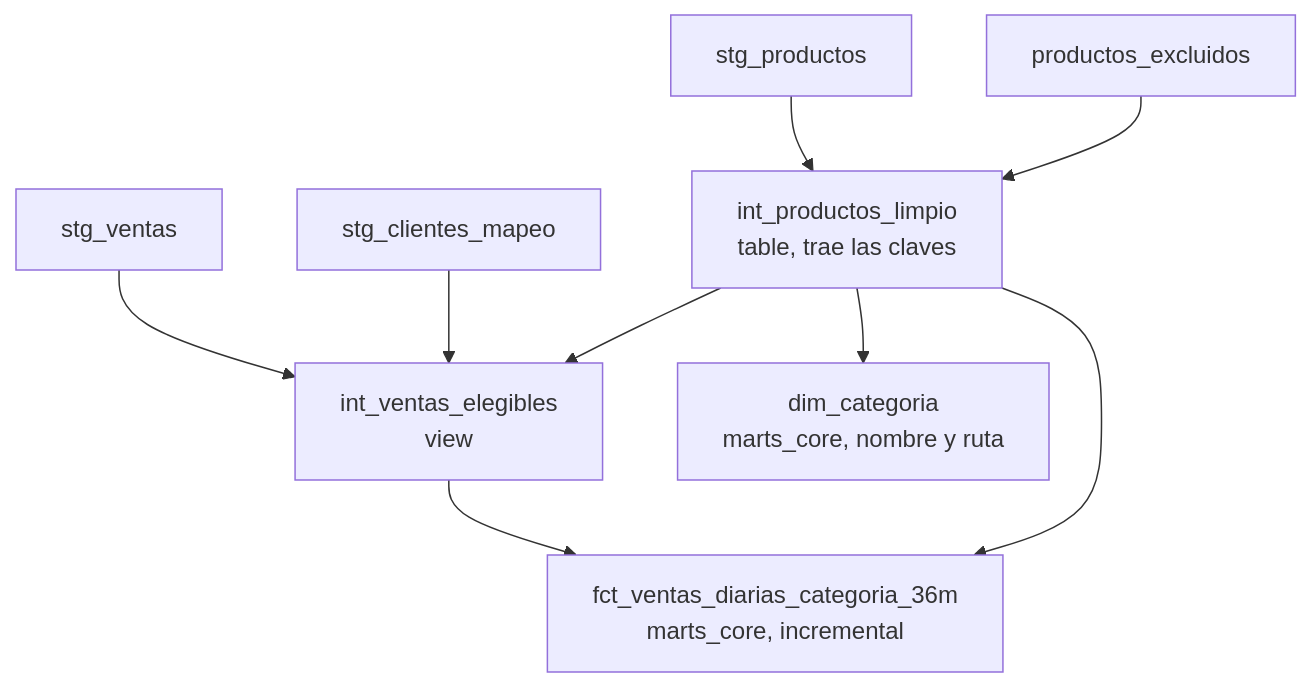
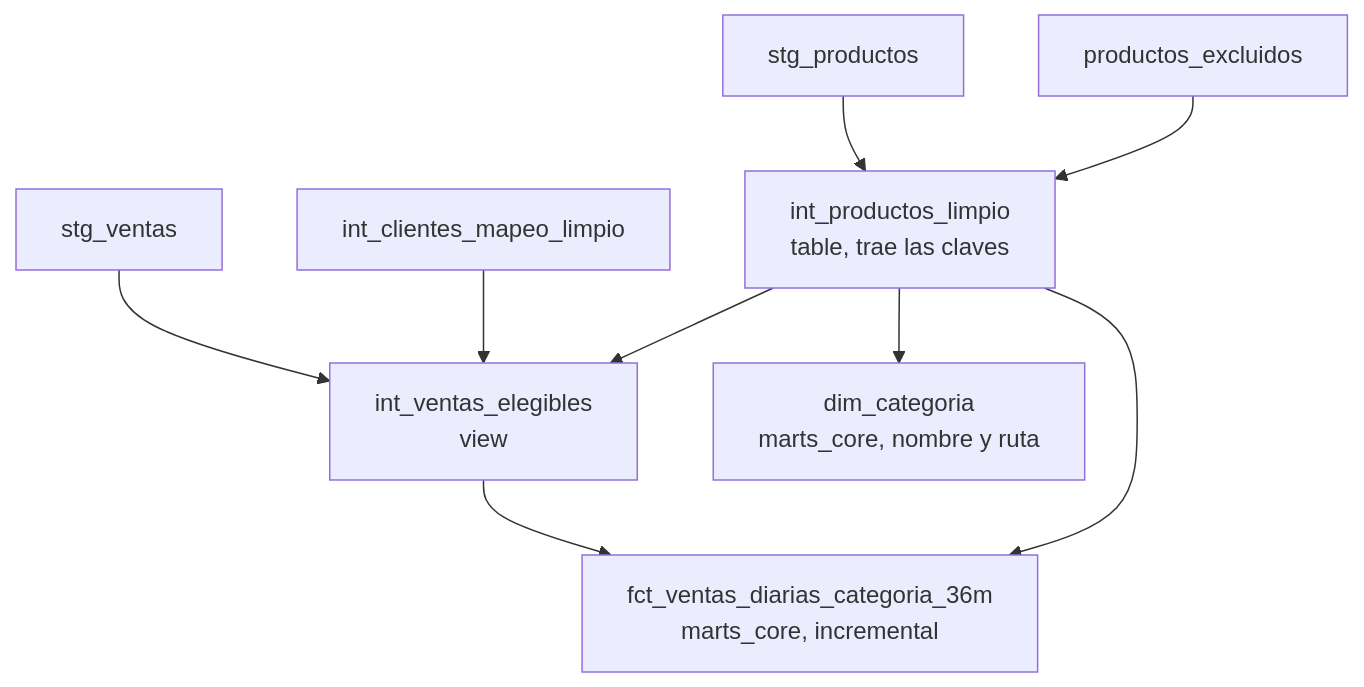
One commit to adrian-dato/dbt-ahorrazo changed the fourth of 6 diagrams in ARQUITECTURA.md. Above: the diagram before and after it, drawn with Mermaid. The commit also changed other lines of this file and 13 other files, not shown here.

````diff
--- a/ARQUITECTURA.md
+++ b/ARQUITECTURA.md
@@ -264,11 +259,11 @@
 ```mermaid
 graph TD
     STG_VENTAS[stg_ventas] --> INT_ELEG[int_ventas_elegibles<br/>view]
-    STG_MAPEO[stg_clientes_mapeo] --> INT_ELEG
+    INT_MAPEO[int_clientes_mapeo_limpio] --> INT_ELEG
     STG_PROD[stg_productos] --> INT_PROD[int_productos_limpio<br/>table, trae las claves]
     SEED_EXCL[productos_excluidos] --> INT_PROD
     INT_PROD --> INT_ELEG
     INT_PROD --> CAT[dim_categoria<br/>marts_core, nombre y ruta]
     INT_ELEG --> FCT[fct_ventas_diarias_categoria_36m<br/>marts_core, incremental]
     INT_PROD --> FCT
 ```
````
